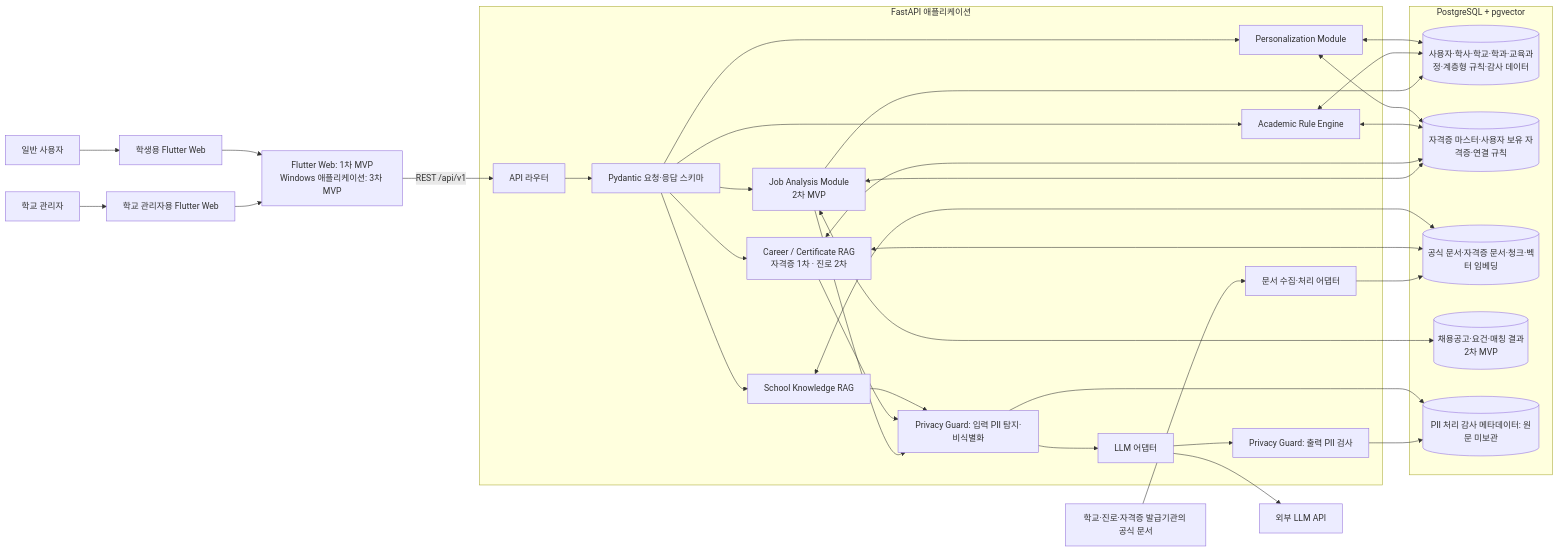
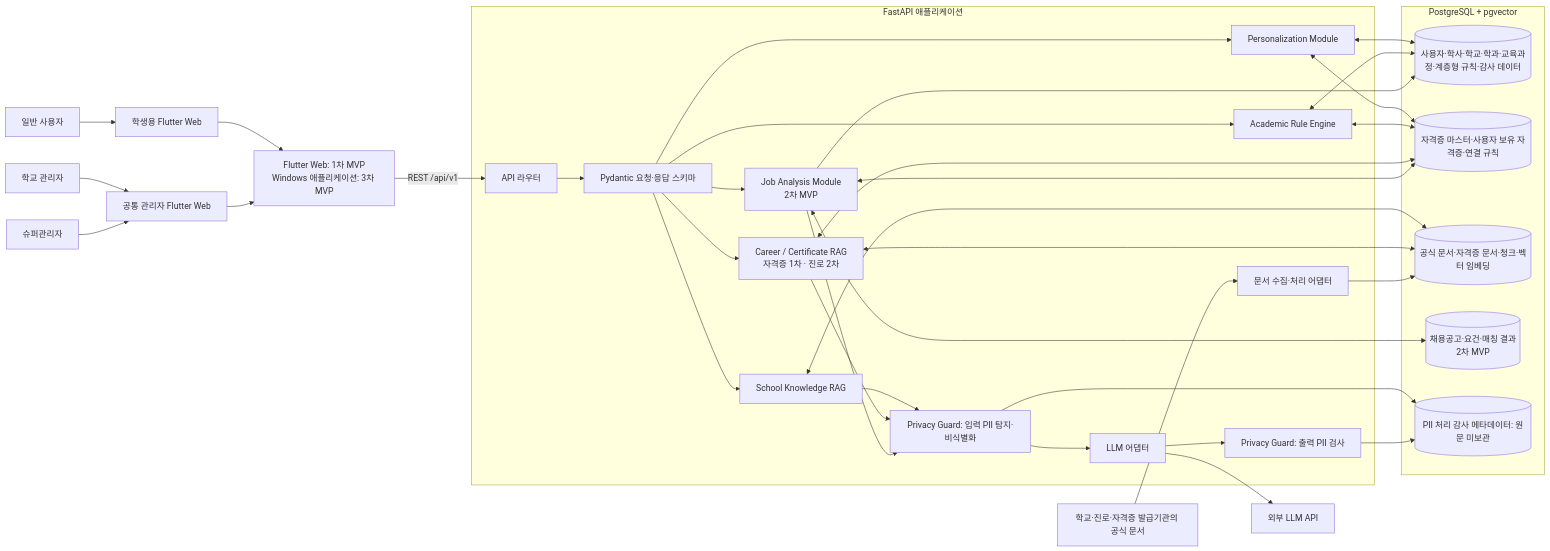
One commit to product04231125/UNIPATH changed the second of 5 diagrams in docs/architecture-erd.md. Above: the diagram before and after it, drawn with Mermaid. The commit also changed other lines of this file and 2 other files, not shown here.

````diff
--- a/docs/architecture-erd.md
+++ b/docs/architecture-erd.md
@@ -58,59 +58,60 @@
 ```mermaid
 flowchart LR
     Student[일반 사용자] --> StudentUi[학생용 Flutter Web]
-    SchoolAdmin[학교 관리자] --> AdminUi[학교 관리자용 Flutter Web]
+    SchoolAdmin[학교 관리자] --> AdminUi[공통 관리자 Flutter Web]
+    SuperAdmin[슈퍼관리자] --> AdminUi
     StudentUi --> Flutter[Flutter Web: 1차 MVP<br/>Windows 애플리케이션: 3차 MVP]
     AdminUi --> Flutter
     Flutter -->|REST /api/v1| API
 
     subgraph App[FastAPI 애플리케이션]
         API[API 라우터]
         Schemas[Pydantic 요청·응답 스키마]
         Personalization[Personalization Module]
         Rules[Academic Rule Engine]
         SchoolRag[School Knowledge RAG]
         CareerRag[Career / Certificate RAG<br/>자격증 1차 · 진로 2차]
         JobAnalysis[Job Analysis Module<br/>2차 MVP]
         Ingestion[문서 수집·처리 어댑터]
         PiiInputGuard[Privacy Guard: 입력 PII 탐지·비식별화]
         LlmAdapter[LLM 어댑터]
         PiiOutputGuard[Privacy Guard: 출력 PII 검사]
 
         API --> Schemas
         Schemas --> Personalization
         Schemas --> Rules
         Schemas --> SchoolRag
         Schemas --> CareerRag
         Schemas --> JobAnalysis
         SchoolRag --> PiiInputGuard
         CareerRag --> PiiInputGuard
         JobAnalysis --> PiiInputGuard
         PiiInputGuard --> LlmAdapter
         LlmAdapter --> PiiOutputGuard
     end
 
     subgraph Data[PostgreSQL + pgvector]
         Operational[(사용자·학사·학교·학과·교육과정·계층형 규칙·감사 데이터)]
         CertificateData[(자격증 마스터·사용자 보유 자격증·연결 규칙)]
         Knowledge[(공식 문서·자격증 문서·청크·벡터 임베딩)]
         Jobs[(채용공고·요건·매칭 결과<br/>2차 MVP)]
         PiiAudit[(PII 처리 감사 메타데이터: 원문 미보관)]
     end
 
     Personalization <--> Operational
     Personalization <--> CertificateData
     Rules <--> Operational
     Rules <--> CertificateData
     SchoolRag <--> Knowledge
     CareerRag <--> Knowledge
     CareerRag <--> CertificateData
     JobAnalysis <--> Jobs
     JobAnalysis --> Operational
     JobAnalysis <--> CertificateData
     Ingestion --> Knowledge
     PiiInputGuard --> PiiAudit
     PiiOutputGuard --> PiiAudit
 
     OfficialSources[학교·진로·자격증 발급기관의 공식 문서] --> Ingestion
     LlmAdapter --> ExternalLlm[외부 LLM API]
 ```
````
